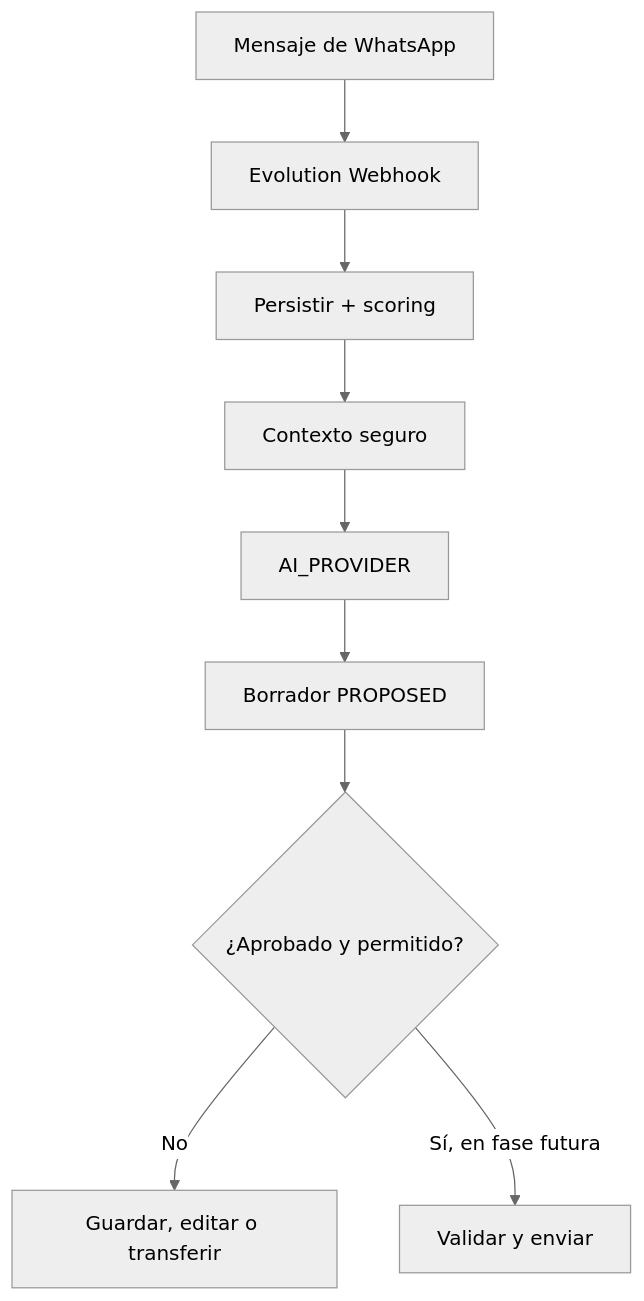
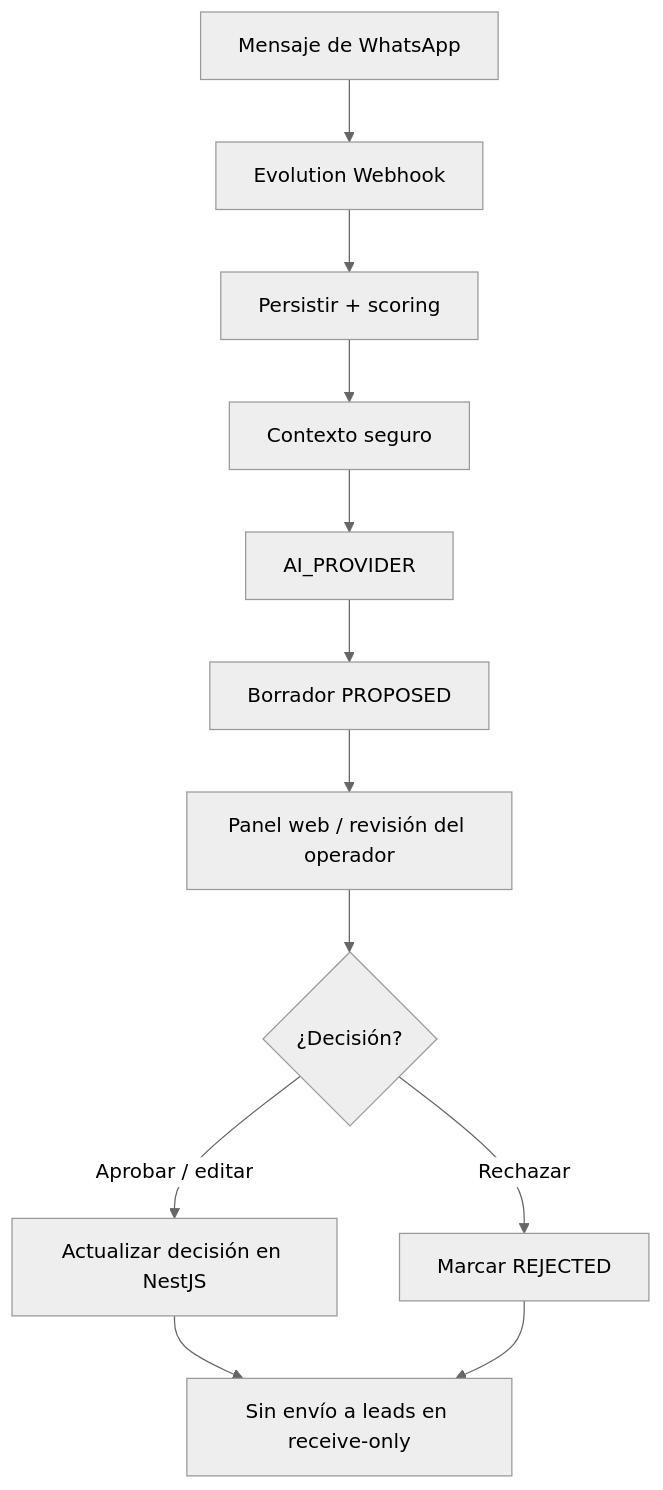
Before and after one commit to AnderG0D/copiloto-whatsapp-samuel: the diagram in docs/obsidian/Copiloto WhatsApp Samuel/05 Diagramas/Diagrama - Flujo Principal WhatsApp a IA.md, drawn with Mermaid (neutral theme). The commit also changed other lines of this file and 29 other files, not shown here.

````diff
--- a/docs/obsidian/Copiloto WhatsApp Samuel/05 Diagramas/Diagrama - Flujo Principal WhatsApp a IA.md
+++ b/docs/obsidian/Copiloto WhatsApp Samuel/05 Diagramas/Diagrama - Flujo Principal WhatsApp a IA.md
@@ -10,11 +10,14 @@
 ```mermaid
 flowchart TD
     A["Mensaje de WhatsApp"] --> B["Evolution Webhook"]
     B --> C["Persistir + scoring"]
     C --> D["Contexto seguro"]
     D --> E["AI_PROVIDER"]
     E --> F["Borrador PROPOSED"]
-    F --> G{"¿Aprobado y permitido?"}
-    G -- "No" --> H["Guardar, editar o transferir"]
-    G -- "Sí, en fase futura" --> I["Validar y enviar"]
+    F --> G["Panel web / revisión del operador"]
+    G --> H{"¿Decisión?"}
+    H -- "Aprobar / editar" --> I["Actualizar decisión en NestJS"]
+    H -- "Rechazar" --> J["Marcar REJECTED"]
+    I --> K["Sin envío a leads en receive-only"]
+    J --> K
 ```
````
